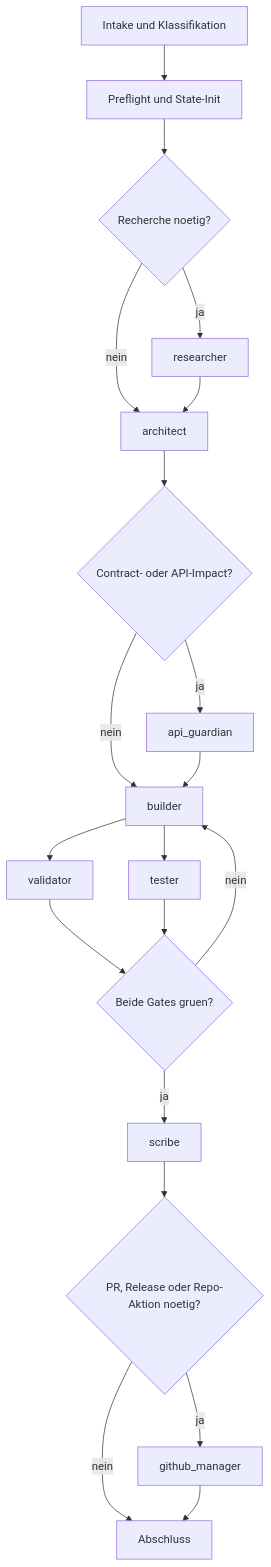
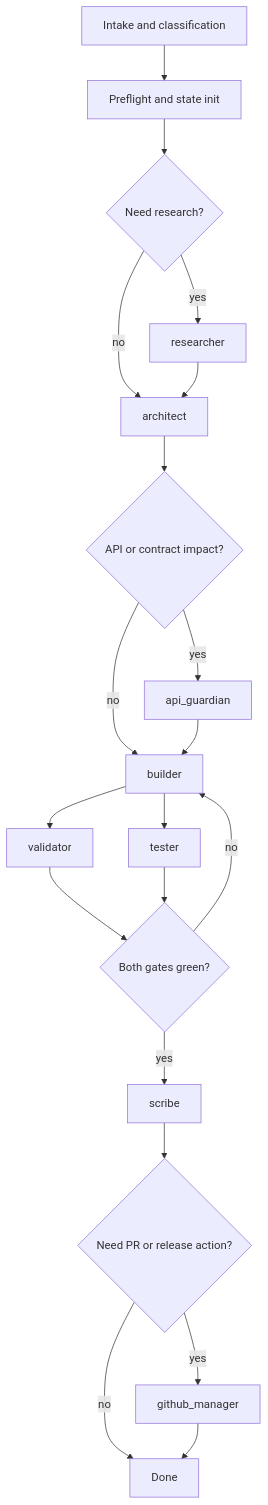
Before and after one commit to cubetribe/CODEX_GodMode_ON: the diagram in docs/blueprint.md, drawn with Mermaid. The commit also changed other lines of this file and 13 other files, not shown here.

````diff
--- a/docs/blueprint.md
+++ b/docs/blueprint.md
@@ -140,22 +130,22 @@
 ```mermaid
 flowchart TD
-    A["Intake und Klassifikation"] --> B["Preflight und State-Init"]
-    B --> C{"Recherche noetig?"}
-    C -->|ja| D["researcher"]
-    C -->|nein| E["architect"]
+    A["Intake and classification"] --> B["Preflight and state init"]
+    B --> C{"Need research?"}
+    C -->|yes| D["researcher"]
+    C -->|no| E["architect"]
     D --> E
-    E --> F{"Contract- oder API-Impact?"}
-    F -->|ja| G["api_guardian"]
-    F -->|nein| H["builder"]
+    E --> F{"API or contract impact?"}
+    F -->|yes| G["api_guardian"]
+    F -->|no| H["builder"]
     G --> H
     H --> I["validator"]
     H --> J["tester"]
-    I --> K{"Beide Gates gruen?"}
+    I --> K{"Both gates green?"}
     J --> K
-    K -->|nein| H
-    K -->|ja| L["scribe"]
-    L --> M{"PR, Release oder Repo-Aktion noetig?"}
-    M -->|ja| N["github_manager"]
-    M -->|nein| O["Abschluss"]
+    K -->|no| H
+    K -->|yes| L["scribe"]
+    L --> M{"Need PR or release action?"}
+    M -->|yes| N["github_manager"]
+    M -->|no| O["Done"]
     N --> O
 ```
````
